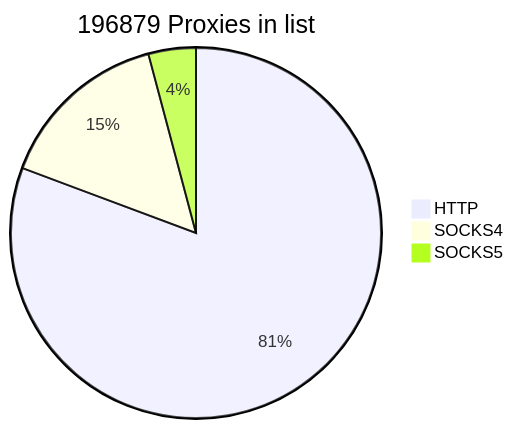
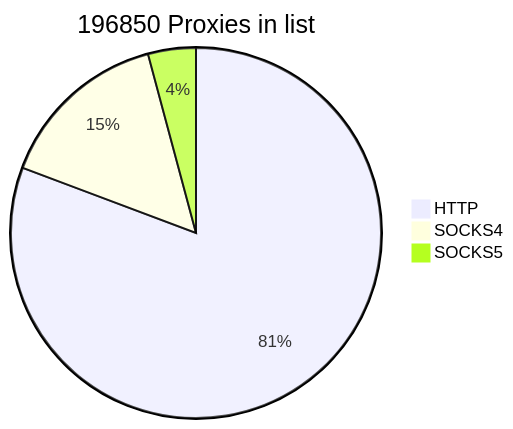
The first of 2 diagrams in README.md (cutipu/proxylist), drawn with Mermaid before and after one commit. The commit also changed other lines of this file, not shown here.

````diff
--- a/README.md
+++ b/README.md
@@ -2,7 +2,7 @@
 ```mermaid
-pie title 196879 Proxies in list
-    "HTTP" : 158878
-    "SOCKS4" : 29857
-    "SOCKS5" : 8144
+pie title 196850 Proxies in list
+    "HTTP" : 158911
+    "SOCKS4" : 29724
+    "SOCKS5" : 8215
             
 ```
````
